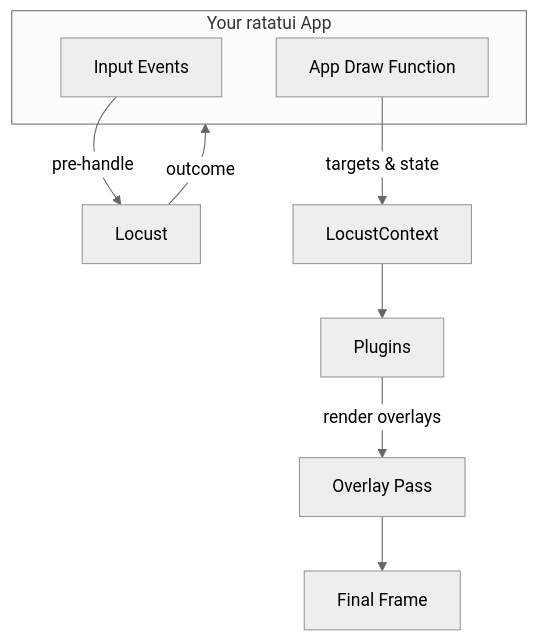
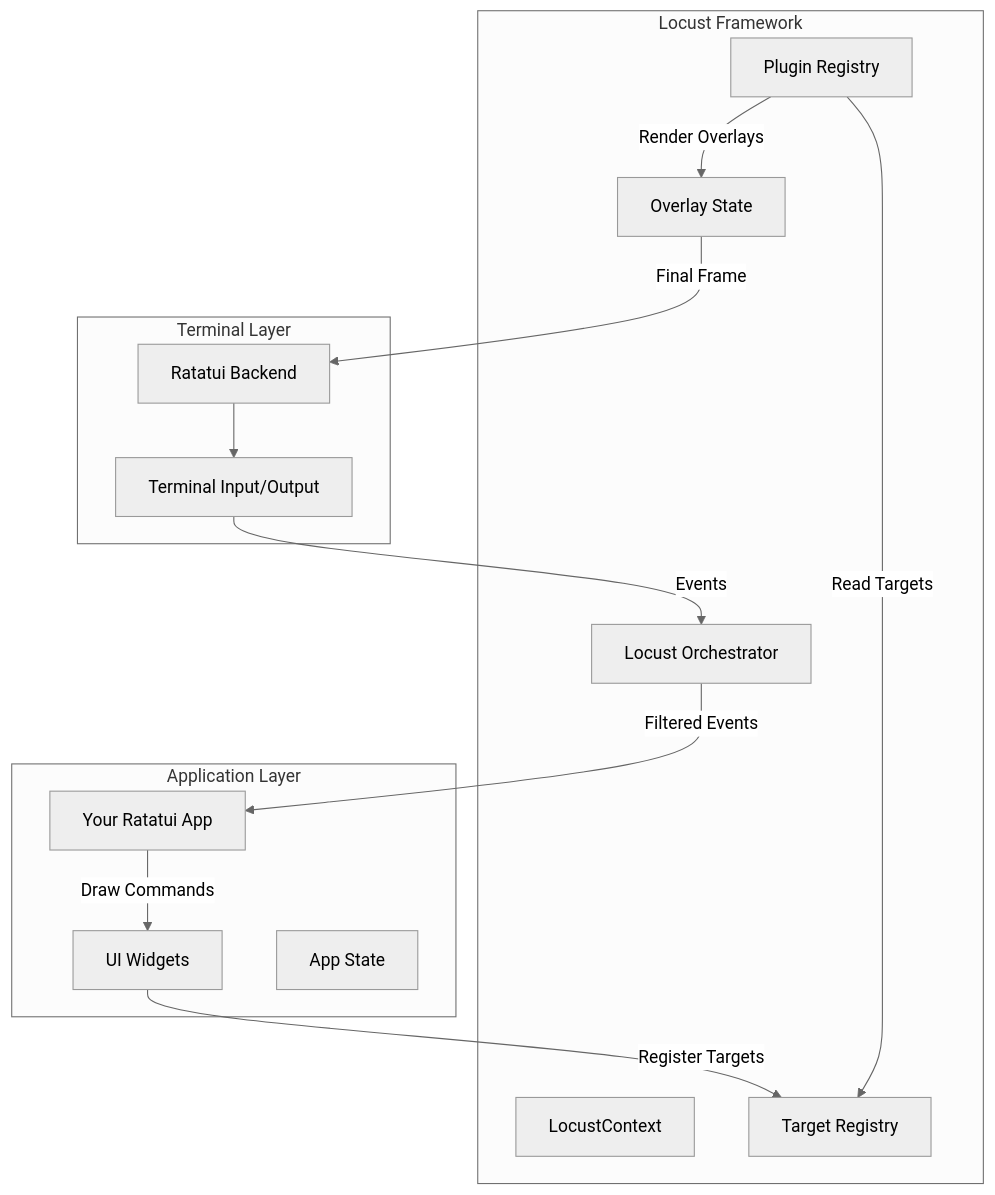
The first of 7 diagrams in docs/ARCHITECTURE.md (raibid-labs/locust), drawn with Mermaid (neutral theme) before and after one commit. The commit also changed other lines of this file and 19 other files, not shown here.

````diff
--- a/docs/ARCHITECTURE.md
+++ b/docs/ARCHITECTURE.md
@@ -50,17 +39,30 @@
 ```mermaid
-flowchart TD
-
-    subgraph APP["Your ratatui App"]
-        EV[Input Events]
-        DRAW[App Draw Function]
+graph TB
+    subgraph "Terminal Layer"
+        TERM[Terminal Input/Output]
+        BACKEND[Ratatui Backend]
     end
 
-    EV --> |pre-handle| LOCUST[Locust]
-    LOCUST --> |outcome| APP
+    subgraph "Locust Framework"
+        LOCUST[Locust Orchestrator]
+        CTX[LocustContext]
+        PLUGINS[Plugin Registry]
+        TARGETS[Target Registry]
+        OVERLAY[Overlay State]
+    end
 
-    DRAW --> |targets & state| LOCUST_CTX[LocustContext]
-    LOCUST_CTX --> PLUGINS[Plugins]
+    subgraph "Application Layer"
+        APP[Your Ratatui App]
+        WIDGETS[UI Widgets]
+        STATE[App State]
+    end
 
-    PLUGINS --> |render overlays| OVERLAY[Overlay Pass]
-    OVERLAY --> FRAME[Final Frame]
+    TERM -->|Events| LOCUST
+    LOCUST -->|Filtered Events| APP
+    APP -->|Draw Commands| WIDGETS
+    WIDGETS -->|Register Targets| TARGETS
+    PLUGINS -->|Read Targets| TARGETS
+    PLUGINS -->|Render Overlays| OVERLAY
+    OVERLAY -->|Final Frame| BACKEND
+    BACKEND --> TERM
 ```
````
